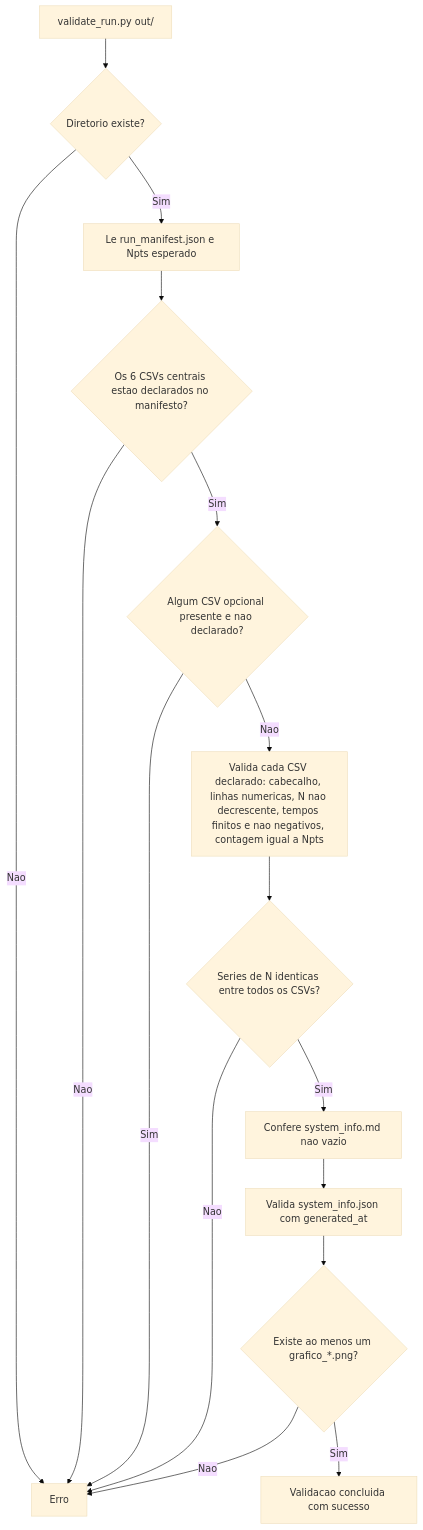
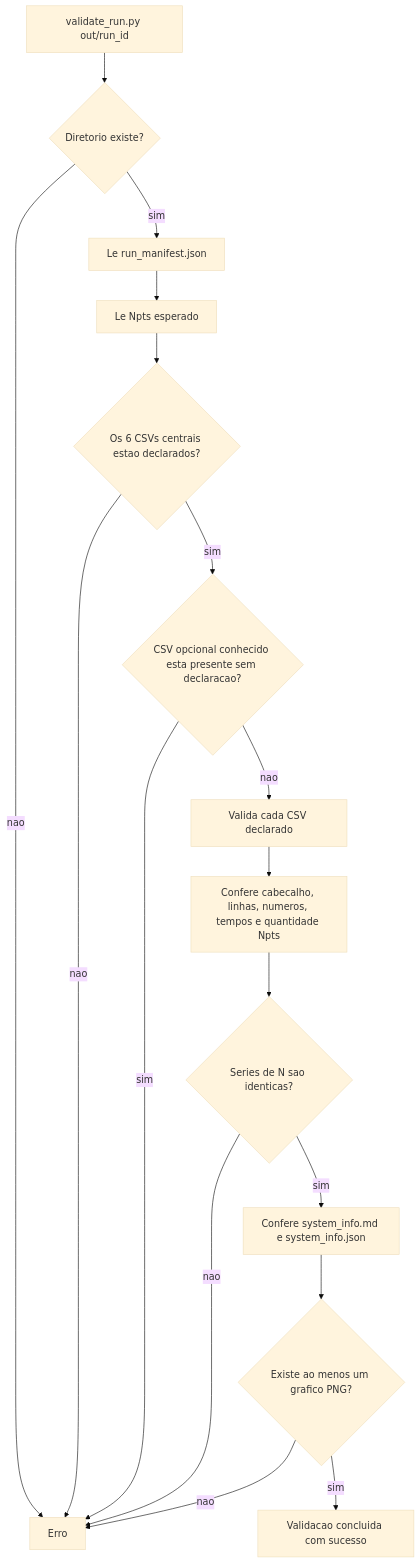
Before and after one commit to Lucas-Sperotto/matrix-multiplication-benchmark: diagram 11 of 16 in docs/DIAGRAMS.md, drawn with Mermaid (base theme). The commit also changed other lines of this file, not shown here.

Commit message:
docs: corrige diagramas Mermaid e atualiza fluxo de preflight

````diff
--- a/docs/DIAGRAMS.md
+++ b/docs/DIAGRAMS.md
@@ -358,18 +365,19 @@
 ```mermaid
 flowchart TD
-    A["validate_run.py out/<run_id>"] --> B{Diretorio existe?}
-    B -- Nao --> X[Erro]
-    B -- Sim --> C[Le run_manifest.json e Npts esperado]
-    C --> D{"Os 6 CSVs centrais estao declarados no manifesto?"}
-    D -- Nao --> X
-    D -- Sim --> E{"Algum CSV opcional presente e nao declarado?"}
-    E -- Sim --> X
-    E -- Nao --> F[Valida cada CSV declarado: cabecalho, linhas numericas, N nao decrescente, tempos finitos e nao negativos, contagem igual a Npts]
-    F --> G{"Series de N identicas entre todos os CSVs?"}
-    G -- Nao --> X
-    G -- Sim --> H[Confere system_info.md nao vazio]
-    H --> I[Valida system_info.json com generated_at]
-    I --> J{Existe ao menos um grafico_*.png?}
-    J -- Nao --> X
-    J -- Sim --> K[Validacao concluida com sucesso]
+    A["validate_run.py out/run_id"] --> B{"Diretorio existe?"}
+    B -- nao --> X["Erro"]
+    B -- sim --> C["Le run_manifest.json"]
+    C --> D["Le Npts esperado"]
+    D --> E{"Os 6 CSVs centrais estao declarados?"}
+    E -- nao --> X
+    E -- sim --> F{"CSV opcional conhecido esta presente sem declaracao?"}
+    F -- sim --> X
+    F -- nao --> G["Valida cada CSV declarado"]
+    G --> H["Confere cabecalho, linhas, numeros, tempos e quantidade Npts"]
+    H --> I{"Series de N sao identicas?"}
+    I -- nao --> X
+    I -- sim --> J["Confere system_info.md e system_info.json"]
+    J --> K{"Existe ao menos um grafico PNG?"}
+    K -- nao --> X
+    K -- sim --> L["Validacao concluida com sucesso"]
 ```
````
